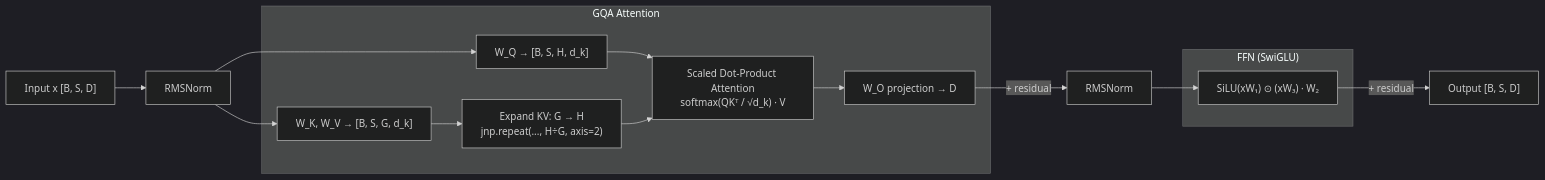
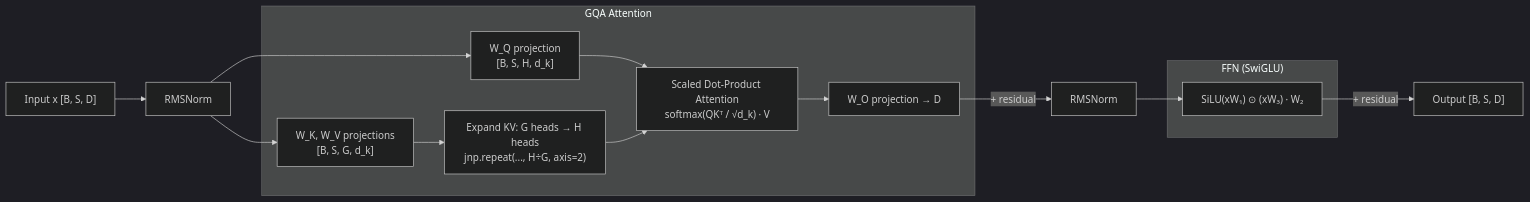
One commit to jrajath94/jax-transformer-impl changed the diagram in README.md. Above: the diagram before and after it, drawn with Mermaid (dark theme). The commit also changed other lines of this file and 1 other file, not shown here.

````diff
--- a/README.md
+++ b/README.md
@@ -20,22 +20,22 @@
 ```mermaid
 graph LR
     X["Input x [B, S, D]"]
 
     subgraph "GQA Attention"
-        WQ["W_Q → [B, S, H, d_k]"]
-        WKV["W_K, W_V → [B, S, G, d_k]"]
-        EXP["Expand KV: G → H\njnp.repeat(..., H÷G, axis=2)"]
+        WQ["W_Q projection\n[B, S, H, d_k]"]
+        WKV["W_K, W_V projections\n[B, S, G, d_k]"]
+        EXP["Expand KV: G heads → H heads\njnp.repeat(..., H÷G, axis=2)"]
         SDPA["Scaled Dot-Product Attention\nsoftmax(QKᵀ / √d_k) · V"]
         WO["W_O projection → D"]
     end
 
     subgraph "FFN (SwiGLU)"
         FF["SiLU(xW₁) ⊙ (xW₃) · W₂"]
     end
 
-    RN1["RMSNorm"] --> WQ & WKV
+    X --> RN1["RMSNorm"]
+    RN1 --> WQ & WKV
     WKV --> EXP
-    X --> RN1
     WQ & EXP --> SDPA --> WO
     WO --> |"+ residual"| RN2["RMSNorm"] --> FF --> |"+ residual"| OUT["Output [B, S, D]"]
 ```
````
